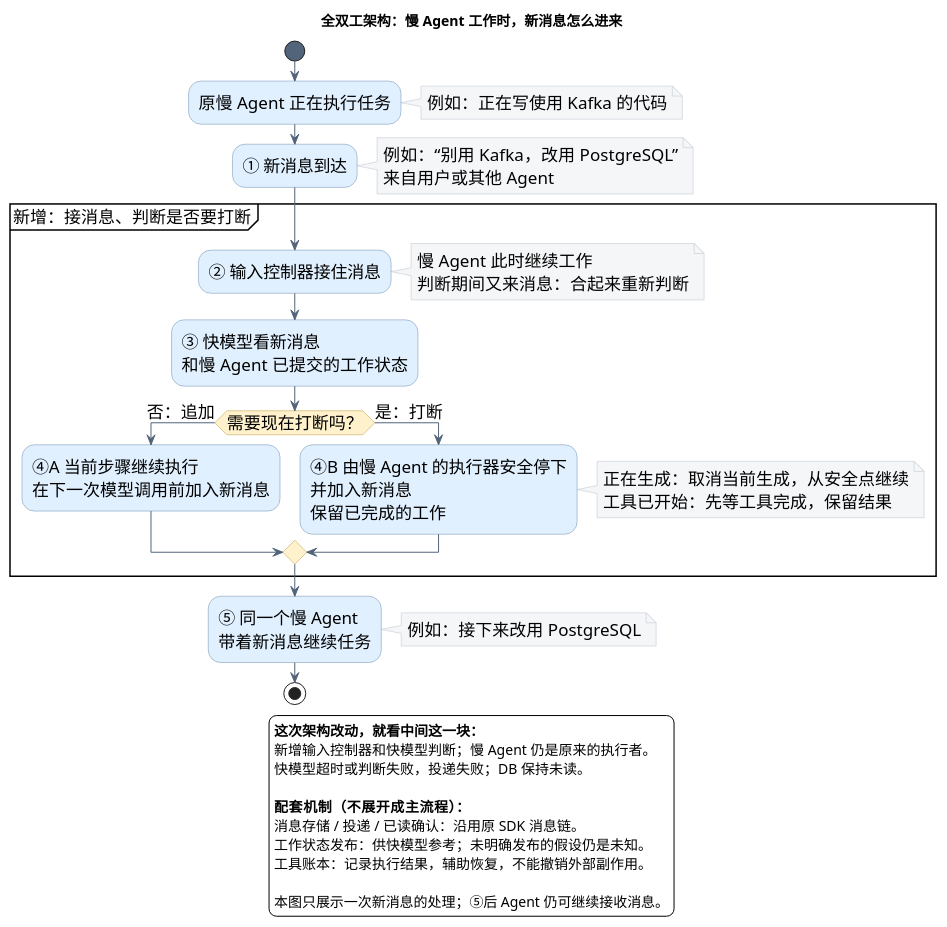
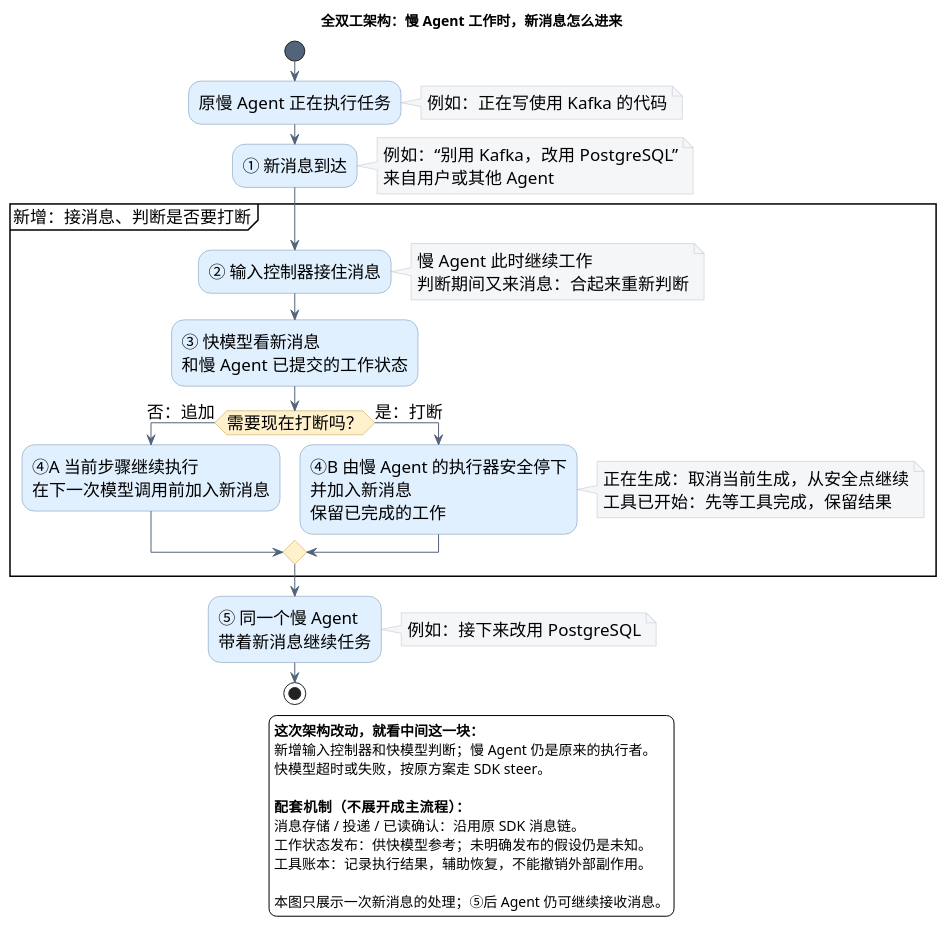
Before and after one commit to zuiho-kai/jiuwenswarm: the diagram in docs/diagrams/duplex-architecture.puml, drawn with PlantUML. The commit also changed 17 other files, not shown here.

```diff
--- a/docs/diagrams/duplex-architecture.puml
+++ b/docs/diagrams/duplex-architecture.puml
@@ -1,64 +1,64 @@
 @startuml duplex-architecture
 title 全双工架构：慢 Agent 工作时，新消息怎么进来
 skinparam defaultFontName Microsoft YaHei
 skinparam defaultFontSize 17
 skinparam shadowing false
 skinparam backgroundColor #FFFFFF
 skinparam ArrowColor #52647A
 skinparam activityBackgroundColor #E1F0FF
 skinparam activityBorderColor #6A8BAB
 skinparam activityDiamondBackgroundColor #FFF1CC
 skinparam activityDiamondBorderColor #BD963C
 skinparam noteBackgroundColor #F5F6F8
 skinparam noteBorderColor #B8C1CC
 skinparam activity {
   StartColor #52647A
   EndColor #52647A
 }
 
 start
 :原慢 Agent 正在执行任务;
 note right
   例如：正在写使用 Kafka 的代码
 end note
 :① 新消息到达;
 note right
   例如：“别用 Kafka，改用 PostgreSQL”
   来自用户或其他 Agent
 end note
 partition "新增：接消息、判断是否要打断" {
   :② 输入控制器接住消息;
   note right
     慢 Agent 此时继续工作
     判断期间又来消息：合起来重新判断
   end note
   :③ 快模型看新消息\n和慢 Agent 已提交的工作状态;
   if (需要现在打断吗？) then (否：追加)
     :④A 当前步骤继续执行\n在下一次模型调用前加入新消息;
   else (是：打断)
     :④B 由慢 Agent 的执行器安全停下\n并加入新消息\n保留已完成的工作;
     note right
       正在生成：取消当前生成，从安全点继续
       工具已开始：先等工具完成，保留结果
     end note
   endif
 }
 :⑤ 同一个慢 Agent\n带着新消息继续任务;
 note right
   例如：接下来改用 PostgreSQL
 end note
 stop
 
 legend bottom
   **这次架构改动，就看中间这一块：**
   新增输入控制器和快模型判断；慢 Agent 仍是原来的执行者。
-  快模型超时或判断失败，投递失败；DB 保持未读。
+  快模型超时或失败，按原方案走 SDK steer。
 
   **配套机制（不展开成主流程）：**
   消息存储 / 投递 / 已读确认：沿用原 SDK 消息链。
   工作状态发布：供快模型参考；未明确发布的假设仍是未知。
   工具账本：记录执行结果，辅助恢复，不能撤销外部副作用。
 
   本图只展示一次新消息的处理；⑤后 Agent 仍可继续接收消息。
 endlegend
 @enduml
```
